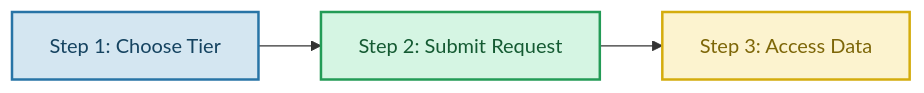
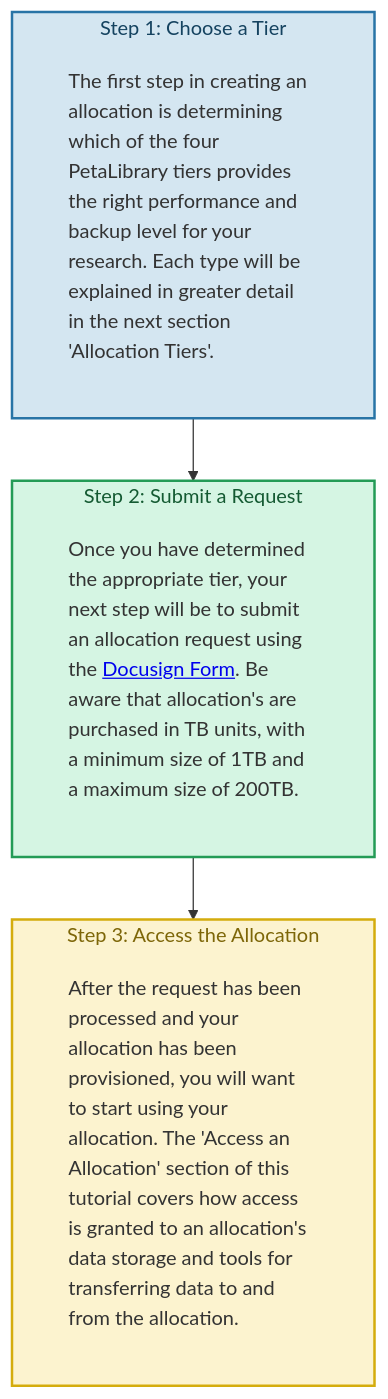
Before and after one commit to SchneiderCode/PetaLibrary_Training: the diagram in training.md, drawn with Mermaid. The commit also changed other lines of this file, not shown here.

Commit message:
Added Mermaid Flow chart and modified structure

````diff
--- a/training.md
+++ b/training.md
@@ -194,9 +230,37 @@
 ```mermaid @mermaid
-flowchart LR
-    A[Step 1: Choose Tier] --> B[Step 2: Submit Request]
-    B --> C[Step 3: Access Data]
+
+flowchart TD
+
+    A@{shape: text, label: "The first step in creating an allocation is determining which of the four PetaLibrary tiers provides the right performance and backup level for your research. Each type will be explained in greater detail in the next section 'Allocation Tiers'." }
+
+    B@{shape: text, label: "Once you have determined the appropriate tier, your next step will be to submit an allocation request using the <a href='https://powerforms.docusign.net/189e8917-6143-431e-ad8a-663bddf6a345?env=na2&acct=088d5d64-ef4d-40bb-acf2-480eabbf546d&accountId=088d5d64-ef4d-40bb-acf2-480eabbf546d'>Docusign Form</a>. Be aware that allocation's are purchased in TB units, with a minimum size of 1TB and a maximum size of 200TB." }
+
+    C@{shape: text, label: "After the request has been processed and your allocation has been provisioned, you will want to start using your allocation. The 'Access an Allocation' section of this tutorial covers how access is granted to an allocation's data storage and tools for transferring data to and from the allocation. " }
+
+    style A_Plot fill:#d4e6f1,stroke:#2874a6,stroke-width:2px,color:#154360
+    style A text-align:left
+    style B_Plot fill:#d5f5e3,stroke:#239b56,stroke-width:2px,color:#145a32
+    style B text-align:left
+    style C_Plot fill:#fcf3cf,stroke:#d4ac0d,stroke-width:2px,color:#7d6608
+    style C text-align:left
+
+
+   subgraph A_Plot["Step 1: Choose a Tier"]
+      direction LR
+      A
+    end
+
+    subgraph B_Plot["Step 2: Submit a Request"]
+      direction LR
+      B
+    end
+
+    subgraph C_Plot["Step 3: Access the Allocation"]
+      direction LR
+      C
+    end
+
+    A_Plot --> B_Plot
+    B_Plot --> C_Plot
     
-    style A fill:#d4e6f1,stroke:#2874a6,stroke-width:2px,color:#154360
-    style B fill:#d5f5e3,stroke:#239b56,stroke-width:2px,color:#145a32
-    style C fill:#fcf3cf,stroke:#d4ac0d,stroke-width:2px,color:#7d6608
 ```
````
